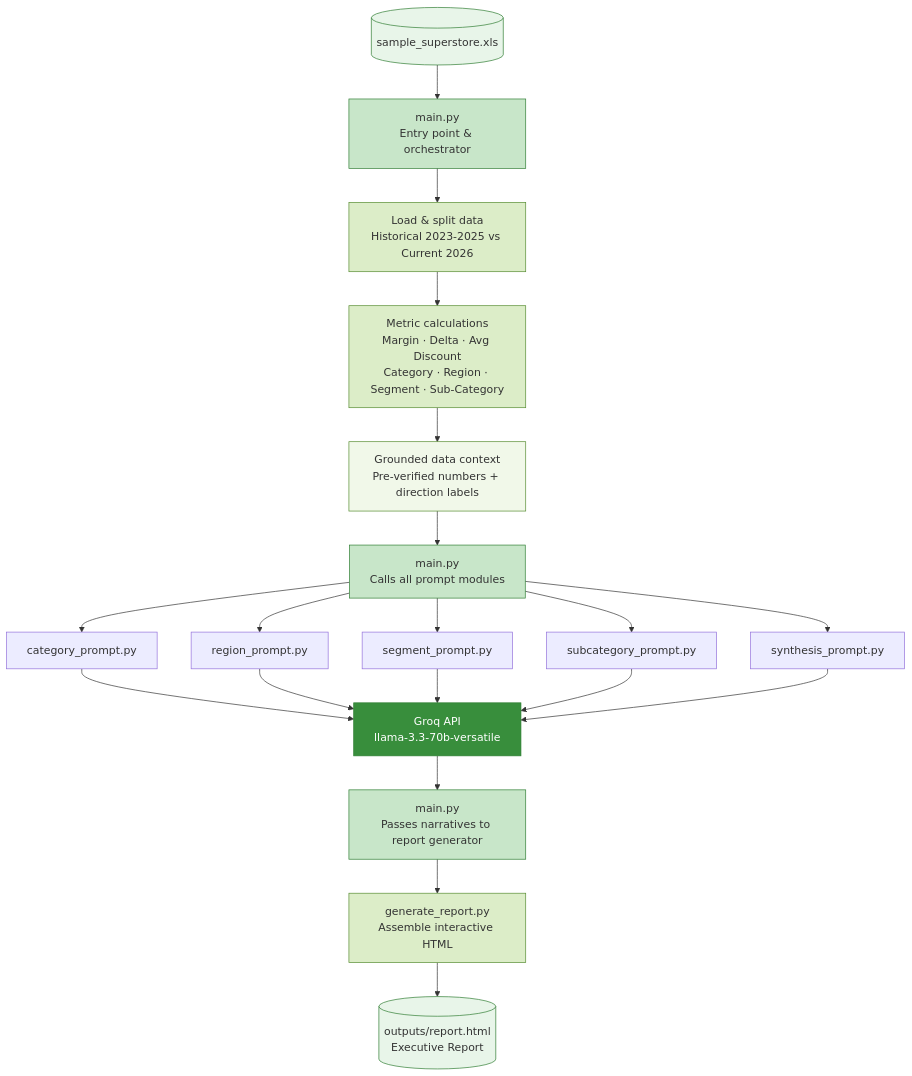
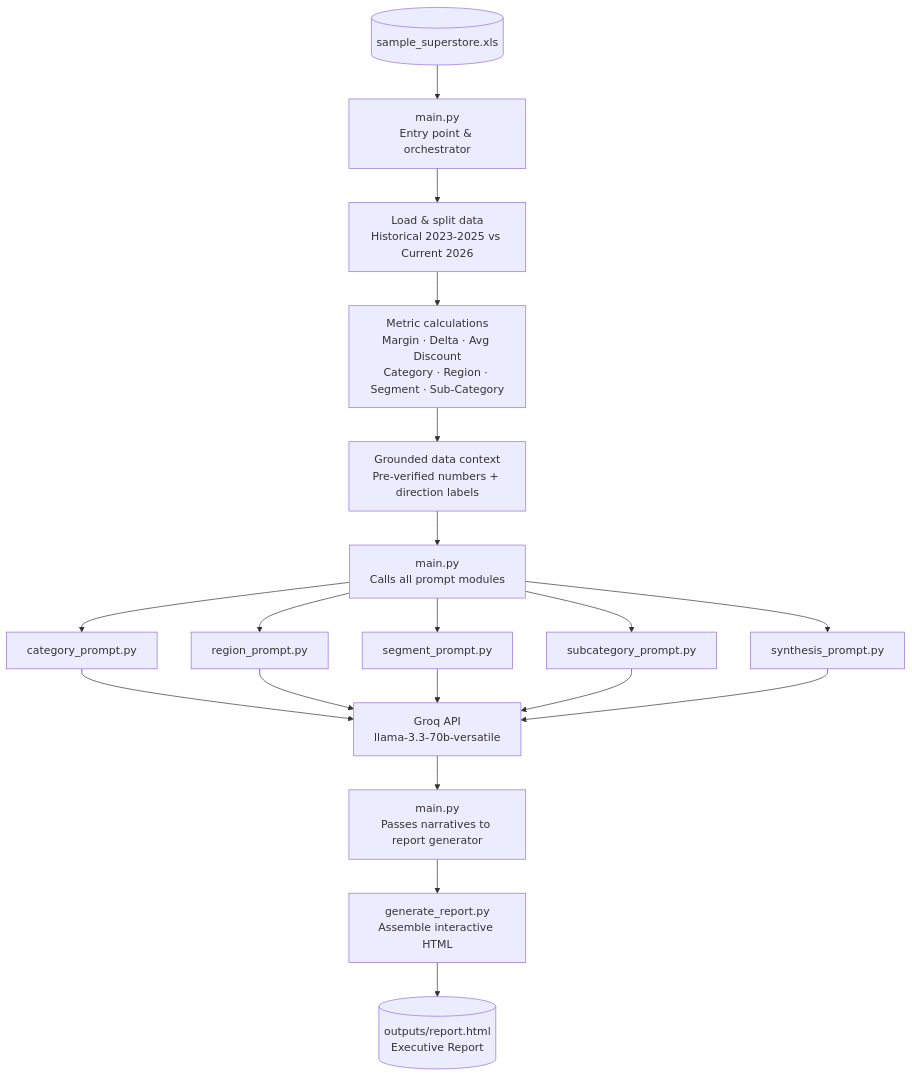
The diagram in architecture.md (SirjanBhalla/ai-narrative-generator), drawn with Mermaid before and after one commit.

Commit message:
Updated architecture.md for theme updation

````diff
--- a/architecture.md
+++ b/architecture.md
@@ -4,32 +4,21 @@
 ```mermaid
 flowchart TD
     A[("sample_superstore.xls")] --> B["main.py\nEntry point & orchestrator"]
     B --> C["Load & split data\nHistorical 2023-2025 vs Current 2026"]
     C --> D["Metric calculations\nMargin · Delta · Avg Discount\nCategory · Region · Segment · Sub-Category"]
     D --> E["Grounded data context\nPre-verified numbers + direction labels"]
     E --> F["main.py\nCalls all prompt modules"]
     F --> F1["category_prompt.py"]
     F --> F2["region_prompt.py"]
     F --> F3["segment_prompt.py"]
     F --> F4["subcategory_prompt.py"]
     F --> F5["synthesis_prompt.py"]
     F1 --> G["Groq API\nllama-3.3-70b-versatile"]
     F2 --> G
     F3 --> G
     F4 --> G
     F5 --> G
     G --> H["main.py\nPasses narratives to report generator"]
     H --> I["generate_report.py\nAssemble interactive HTML"]
     I --> J[("outputs/report.html\nExecutive Report")]
-
-    style A fill:#e8f5e9,stroke:#2e7d32
-    style J fill:#e8f5e9,stroke:#2e7d32
-    style G fill:#388e3c,color:#ffffff,stroke:#2e7d32
-    style E fill:#f1f8e9,stroke:#558b2f
-    style B fill:#c8e6c9,stroke:#2e7d32
-    style F fill:#c8e6c9,stroke:#2e7d32
-    style H fill:#c8e6c9,stroke:#2e7d32
-    style D fill:#dcedc8,stroke:#558b2f
-    style C fill:#dcedc8,stroke:#558b2f
-    style I fill:#dcedc8,stroke:#558b2f
 ```
````
